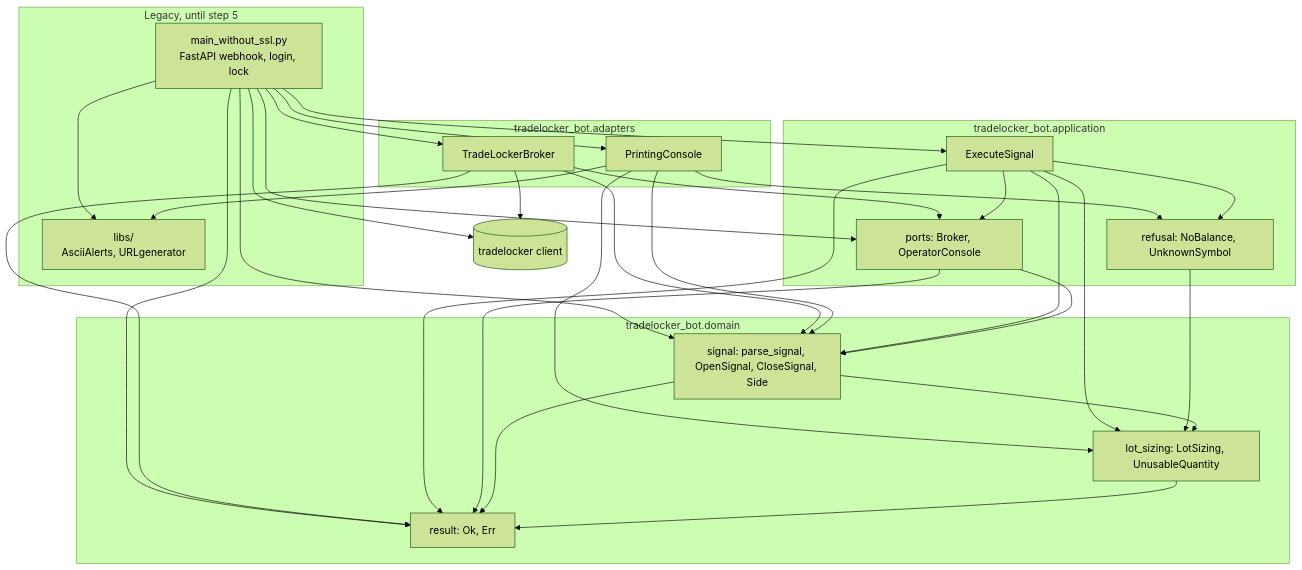
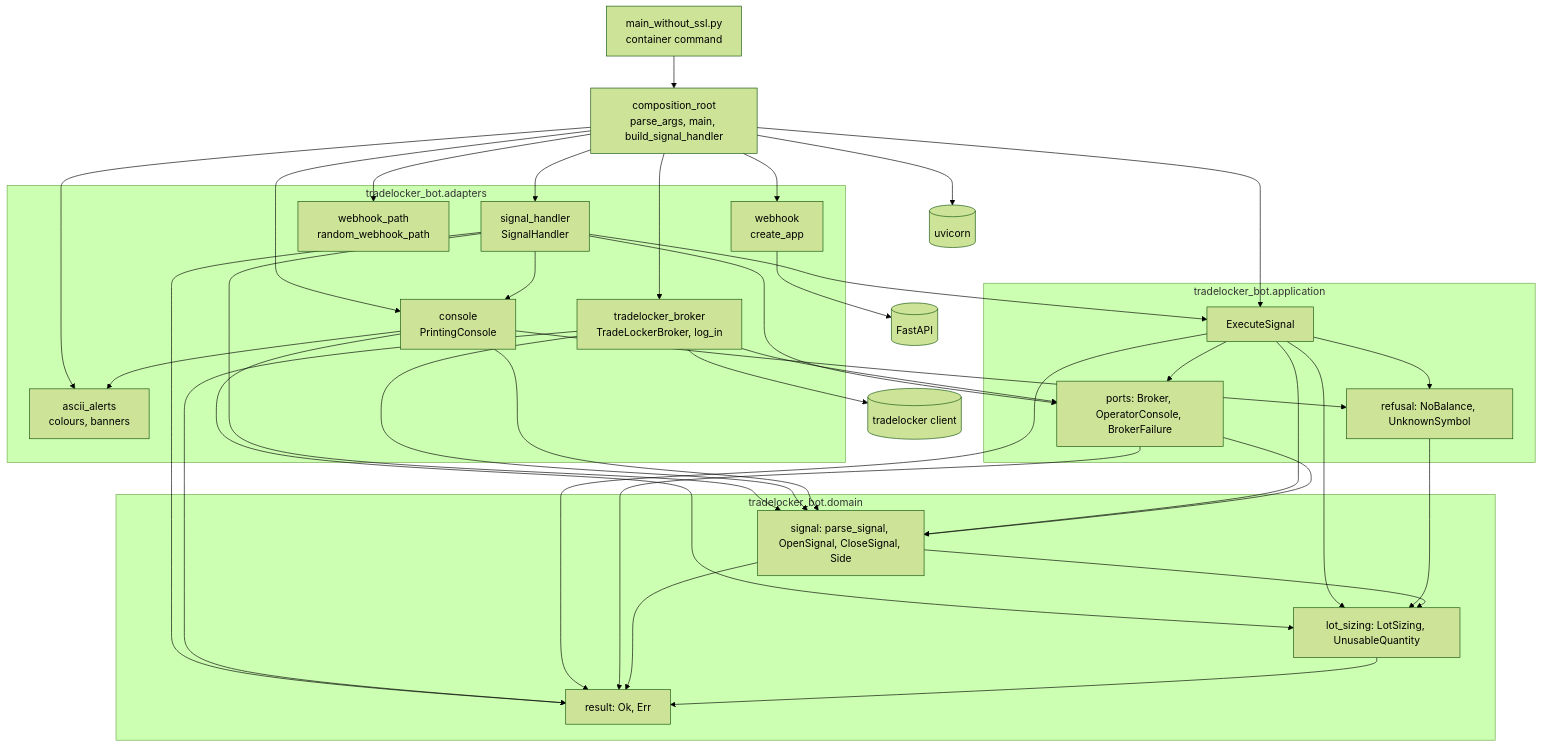
The first of 6 diagrams in docs/architecture.md (Akinzou/TradeLockerBot), drawn with Mermaid (forest theme) before and after one commit. The commit also changed other lines of this file and 21 other files, not shown here.

First line of the commit message:
refactor: move the webhook and the startup into an adapter and a composition root (roadmap step 5)

````diff
--- a/docs/architecture.md
+++ b/docs/architecture.md
@@ -28,31 +35,36 @@
 ```mermaid
 flowchart TB
-    subgraph legacy [Legacy, until step 5]
-        MAIN[main_without_ssl.py<br/>FastAPI webhook, login, lock]
-        LIBS[libs/<br/>AsciiAlerts, URLgenerator]
-    end
+    EP[main_without_ssl.py<br/>container command]
+    CR[composition_root<br/>parse_args, main, build_signal_handler]
     subgraph adapters [tradelocker_bot.adapters]
-        TLB[TradeLockerBroker]
-        PC[PrintingConsole]
+        WH[webhook<br/>create_app]
+        SH[signal_handler<br/>SignalHandler]
+        TLB[tradelocker_broker<br/>TradeLockerBroker, log_in]
+        PC[console<br/>PrintingConsole]
+        AA[ascii_alerts<br/>colours, banners]
+        WP[webhook_path<br/>random_webhook_path]
     end
     subgraph application [tradelocker_bot.application]
         ES[ExecuteSignal]
-        PORTS[ports: Broker, OperatorConsole]
+        PORTS[ports: Broker, OperatorConsole, BrokerFailure]
         REF[refusal: NoBalance, UnknownSymbol]
     end
     subgraph domain [tradelocker_bot.domain]
         SIG[signal: parse_signal, OpenSignal, CloseSignal, Side]
         LS[lot_sizing: LotSizing, UnusableQuantity]
         RES[result: Ok, Err]
     end
-    MAIN --> TLB & PC & ES & SIG & PORTS & RES & LIBS
-    TLB --> PORTS & SIG & RES
-    PC --> REF & LIBS & SIG & LS
-    ES --> PORTS & REF
-    ES --> SIG & LS & RES
-    PORTS --> SIG & RES
+    EP --> CR
+    CR --> WH & SH & TLB & PC & AA & WP & ES
+    SH --> PC & ES & PORTS & RES & SIG
+    TLB --> PORTS & RES & SIG
+    PC --> AA & REF & LS & SIG
+    ES --> PORTS & REF & LS & RES & SIG
+    PORTS --> RES & SIG
     REF --> LS
     SIG --> LS & RES
     LS --> RES
-    TLB & MAIN --> CLIENT[(tradelocker client)]
+    WH --> FASTAPI[(FastAPI)]
+    CR --> UVICORN[(uvicorn)]
+    TLB --> CLIENT[(tradelocker client)]
 ```
````
